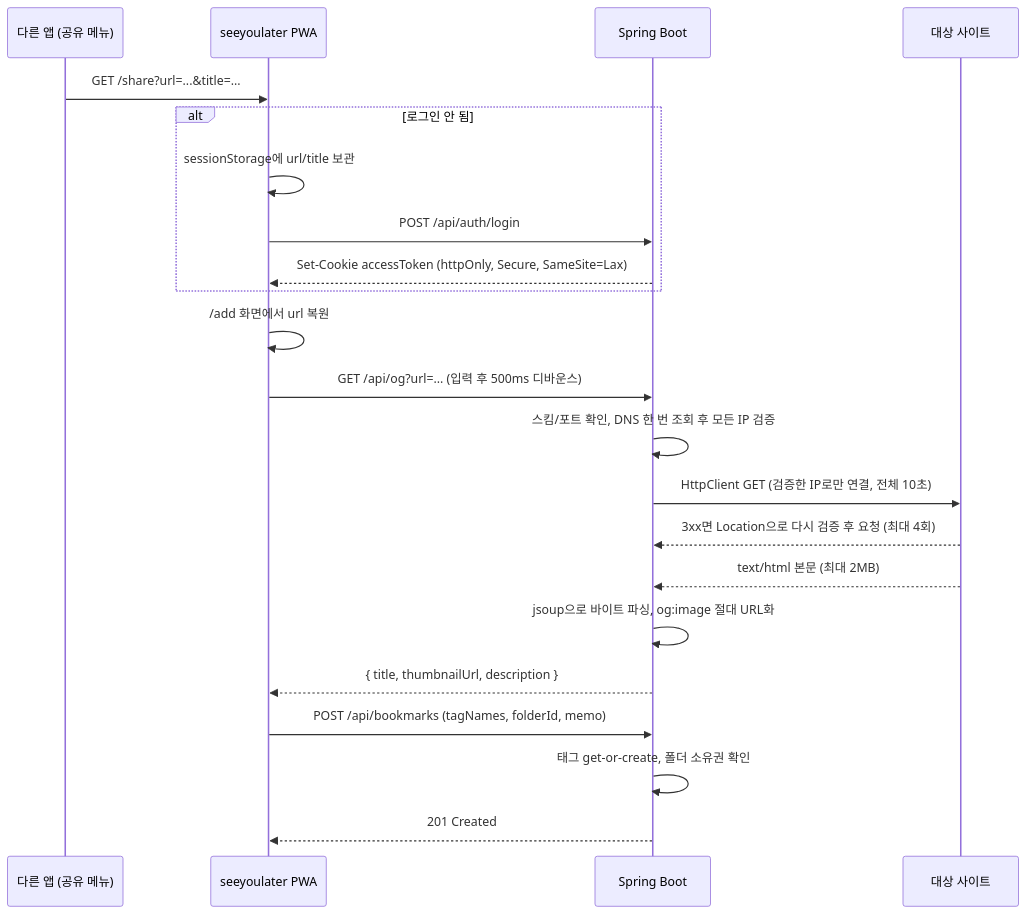
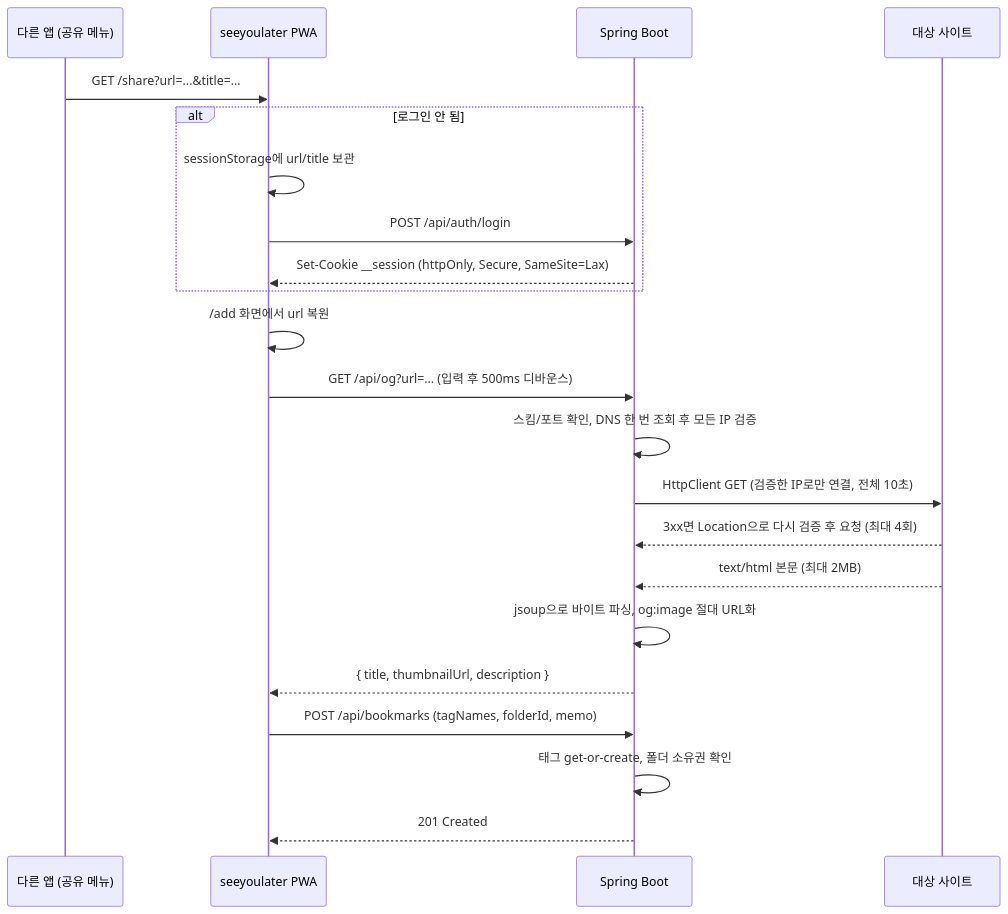
Before and after one commit to jsj1215/seeyoulater: the third of 4 diagrams in README.md, drawn with Mermaid. The commit also changed other lines of this file and 18 other files, not shown here.

````diff
--- a/README.md
+++ b/README.md
@@ -133,25 +181,25 @@
 ```mermaid
 sequenceDiagram
     participant App as 다른 앱 (공유 메뉴)
     participant FE as seeyoulater PWA
     participant BE as Spring Boot
     participant Site as 대상 사이트
 
     App->>FE: GET /share?url=...&title=...
     alt 로그인 안 됨
         FE->>FE: sessionStorage에 url/title 보관
         FE->>BE: POST /api/auth/login
-        BE-->>FE: Set-Cookie accessToken (httpOnly, Secure, SameSite=Lax)
+        BE-->>FE: Set-Cookie __session (httpOnly, Secure, SameSite=Lax)
     end
     FE->>FE: /add 화면에서 url 복원
     FE->>BE: GET /api/og?url=... (입력 후 500ms 디바운스)
     BE->>BE: 스킴/포트 확인, DNS 한 번 조회 후 모든 IP 검증
     BE->>Site: HttpClient GET (검증한 IP로만 연결, 전체 10초)
     Site-->>BE: 3xx면 Location으로 다시 검증 후 요청 (최대 4회)
     Site-->>BE: text/html 본문 (최대 2MB)
     BE->>BE: jsoup으로 바이트 파싱, og:image 절대 URL화
     BE-->>FE: { title, thumbnailUrl, description }
     FE->>BE: POST /api/bookmarks (tagNames, folderId, memo)
     BE->>BE: 태그 get-or-create, 폴더 소유권 확인
     BE-->>FE: 201 Created
 ```
````
